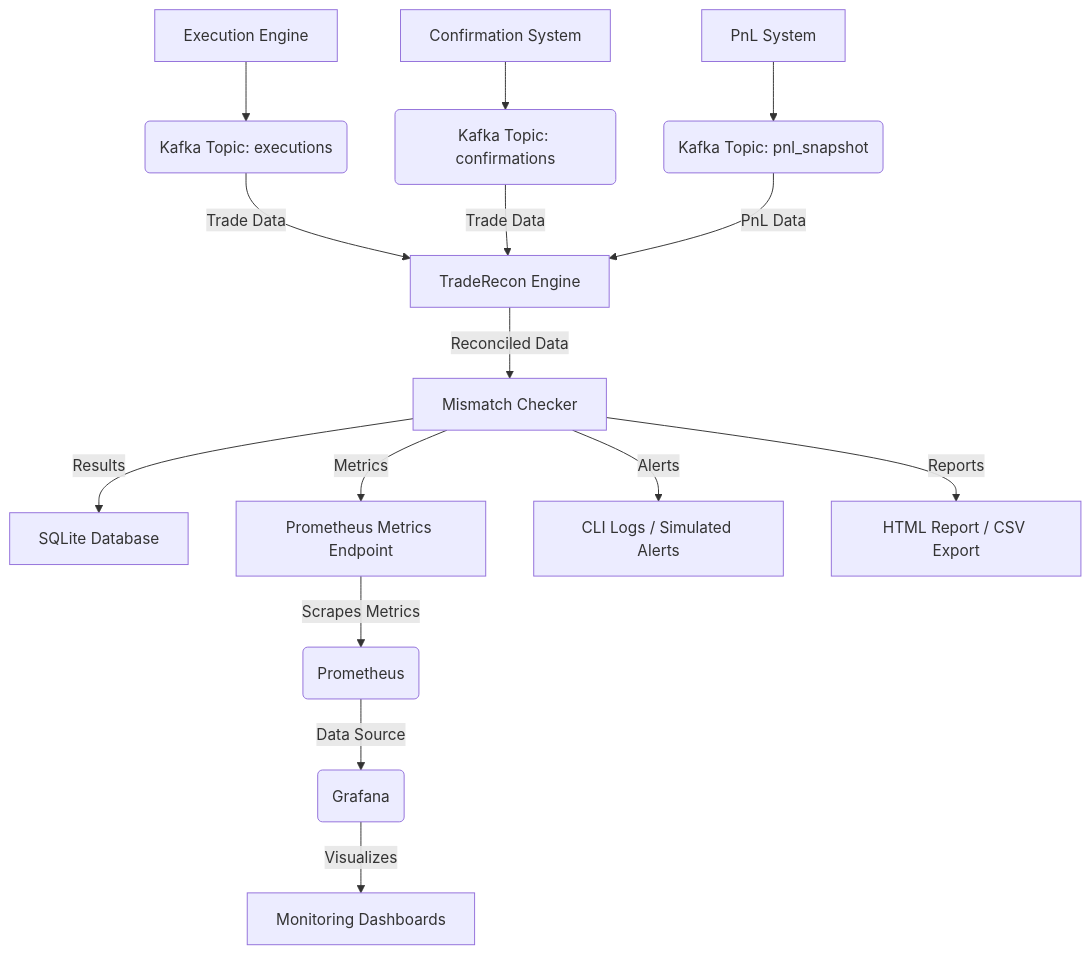
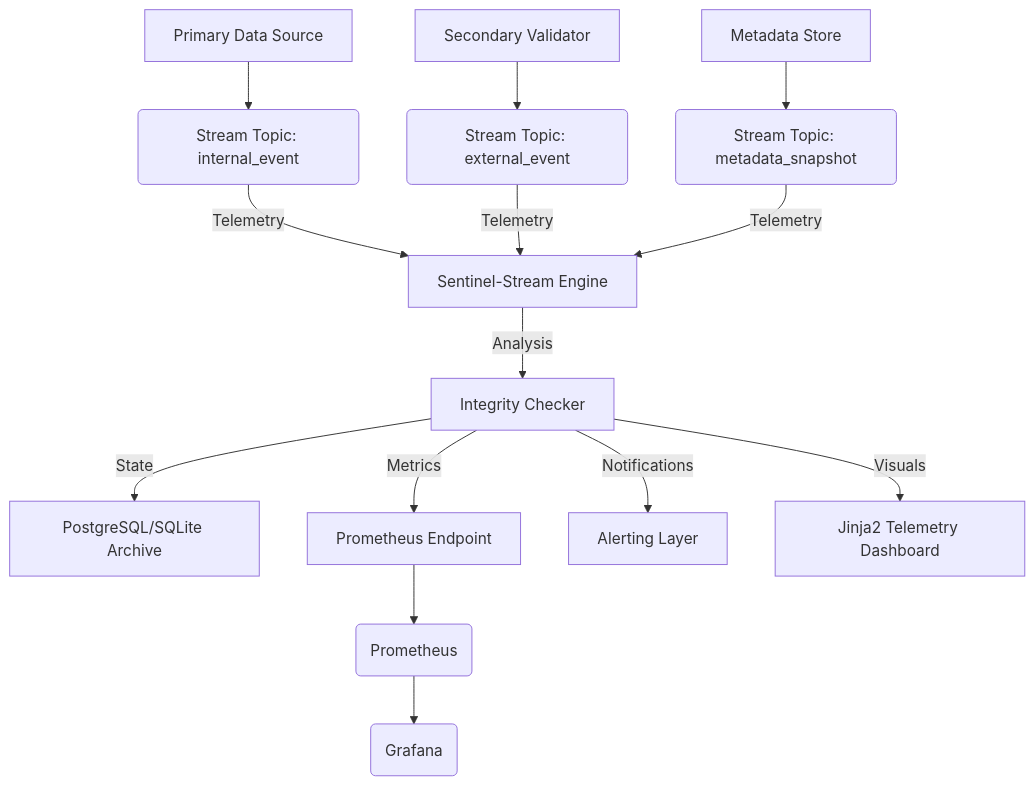
The diagram in README.md (chaitanyadav69/SignalRecon-AI), drawn with Mermaid before and after one commit. The commit also changed other lines of this file, not shown here.

````diff
--- a/README.md
+++ b/README.md
@@ -57,20 +36,19 @@
 ```mermaid
 graph TD
-    A[Execution Engine] --> B(Kafka Topic: executions)
-    C[Confirmation System] --> D(Kafka Topic: confirmations)
-    E[PnL System] --> F(Kafka Topic: pnl_snapshot)
+    A[Primary Data Source] --> B(Stream Topic: internal_event)
+    C[Secondary Validator] --> D(Stream Topic: external_event)
+    E[Metadata Store] --> F(Stream Topic: metadata_snapshot)
 
-    B -- Trade Data --> G[TradeRecon Engine]
-    D -- Trade Data --> G
-    F -- PnL Data --> G
+    B -- Telemetry --> G[Sentinel-Stream Engine]
+    D -- Telemetry --> G
+    F -- Telemetry --> G
 
-    G -- Reconciled Data --> H[Mismatch Checker]
-    H -- Results --> I[SQLite Database]
-    H -- Metrics --> P[Prometheus Metrics Endpoint]
-    H -- Alerts --> J[CLI Logs / Simulated Alerts]
-    H -- Reports --> K[HTML Report / CSV Export]
+    G -- Analysis --> H[Integrity Checker]
+    H -- State --> I[PostgreSQL/SQLite Archive]
+    H -- Metrics --> P[Prometheus Endpoint]
+    H -- Notifications --> J[Alerting Layer]
+    H -- Visuals --> K[Jinja2 Telemetry Dashboard]
 
-    P -- Scrapes Metrics --> Q(Prometheus)
-    Q -- Data Source --> R(Grafana)
-    R -- Visualizes --> S[Monitoring Dashboards]
+    P --> Q(Prometheus)
+    Q --> R(Grafana)
 ```
````
